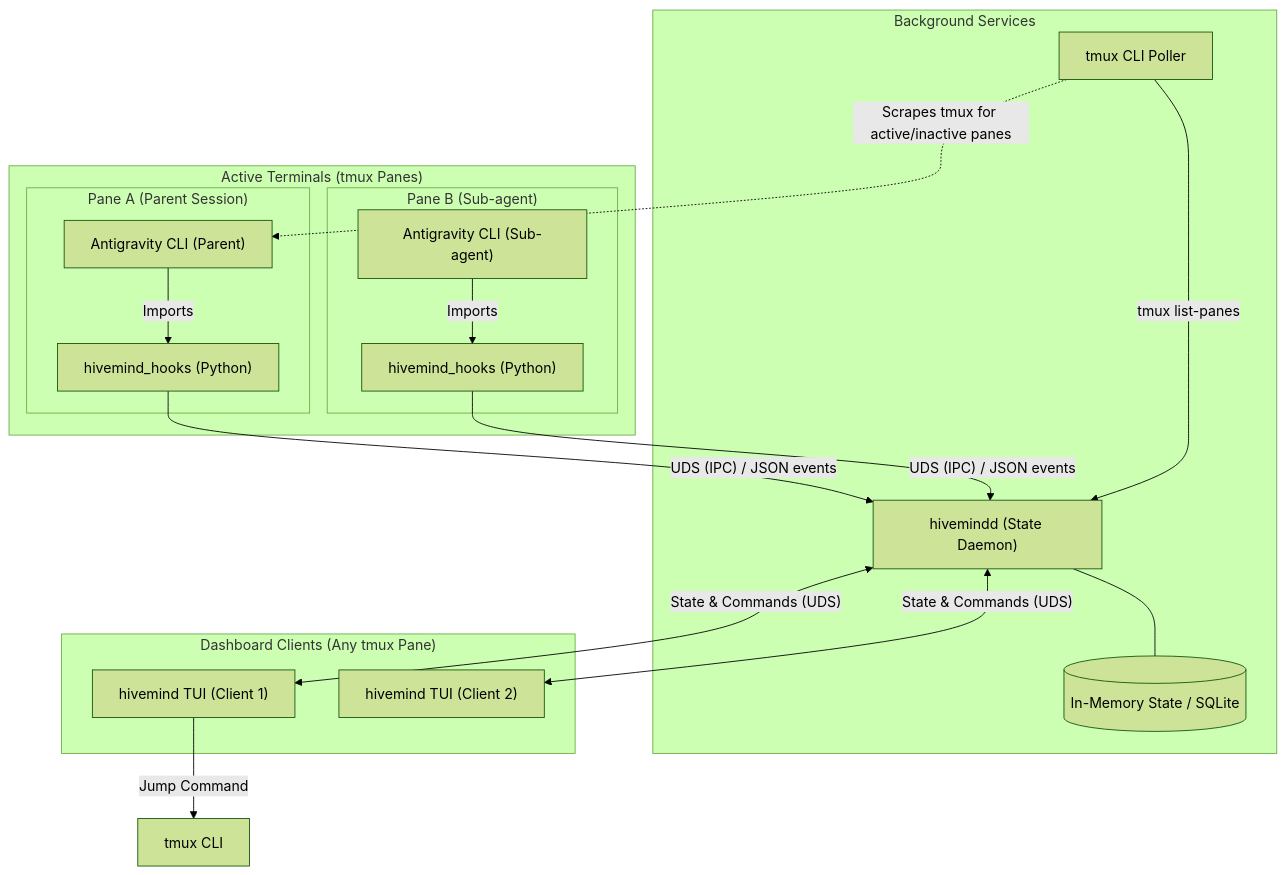
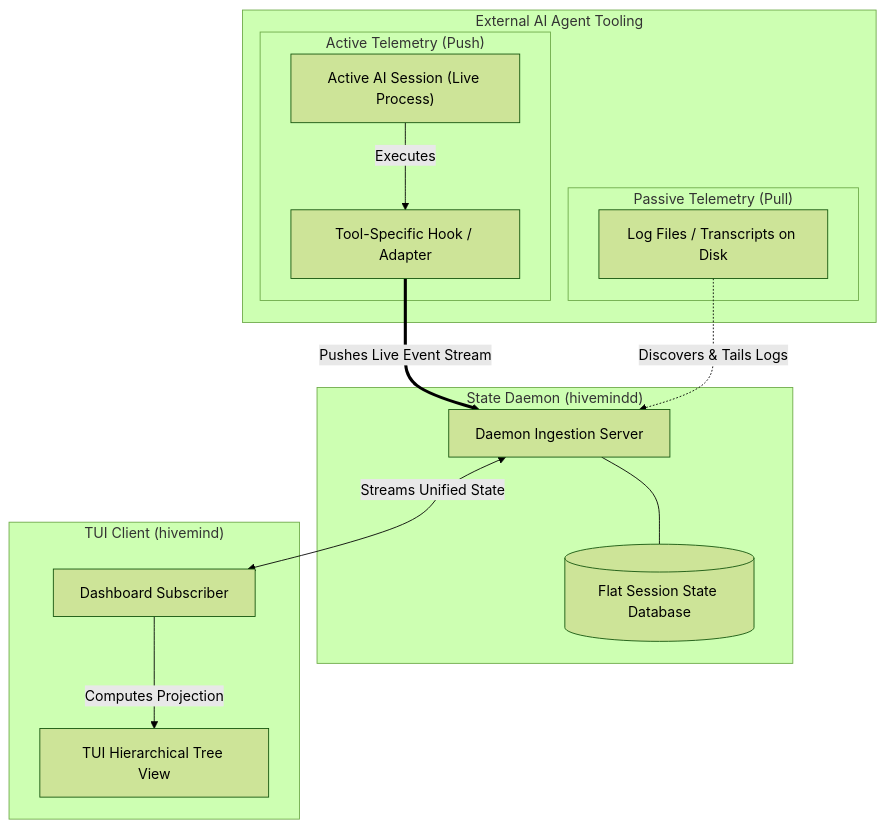
One commit to jacobmiller22/hivemind changed the first of 3 diagrams in docs/DESIGN.md. Above: the diagram before and after it, drawn with Mermaid (forest theme). The commit also changed other lines of this file and 11 other files, not shown here.

````diff
--- a/docs/DESIGN.md
+++ b/docs/DESIGN.md
@@ -16,38 +18,29 @@
 ```mermaid
 graph TD
-    %% Telemetry Sources
-    subgraph "Active Terminals (tmux Panes)"
-        subgraph "Pane A (Parent Session)"
-            AG1["Antigravity CLI (Parent)"] -->|"Imports"| HHK1["hivemind_hooks (Python)"]
+    %% External AI Agent Tooling Layer
+    subgraph "External AI Agent Tooling"
+        subgraph "Active Telemetry (Push)"
+            Session["Active AI Session (Live Process)"] -->|"Executes"| Hook["Tool-Specific Hook / Adapter"]
         end
-        subgraph "Pane B (Sub-agent)"
-            AG2["Antigravity CLI (Sub-agent)"] -->|"Imports"| HHK2["hivemind_hooks (Python)"]
+        subgraph "Passive Telemetry (Pull)"
+            Logs["Log Files / Transcripts on Disk"]
         end
     end
 
     %% State Daemon
-    subgraph "Background Services"
-        HD["hivemindd (State Daemon)"]
-        DB[(In-Memory State / SQLite)]
-        Poller["tmux CLI Poller"]
+    subgraph "State Daemon (hivemindd)"
+        HD["Daemon Ingestion Server"]
+        DB[(Flat Session State Database)]
+        HD --- DB
     end
 
-    %% TUI Clients
-    subgraph "Dashboard Clients (Any tmux Pane)"
-        TUI1["hivemind TUI (Client 1)"]
-        TUI2["hivemind TUI (Client 2)"]
+    %% Dashboard Clients
+    subgraph "TUI Client (hivemind)"
+        TUI["Dashboard Subscriber"] -->|"Computes Projection"| Tree["TUI Hierarchical Tree View"]
     end
 
-    %% Communications
-    HHK1 -->|"UDS (IPC) / JSON events"| HD
-    HHK2 -->|"UDS (IPC) / JSON events"| HD
-    
-    Poller -->|"tmux list-panes"| HD
-    HD <-->|"State & Commands (UDS)"| TUI1
-    HD <-->|"State & Commands (UDS)"| TUI2
-    HD --- DB
-
-    %% Interactions
-    TUI1 -->|"Jump Command"| TMUX["tmux CLI"]
-    Poller -.->|"Scrapes tmux for active/inactive panes"| AG1
+    %% Data Flow
+    Hook ==>|"Pushes Live Event Stream"| HD
+    Logs -.->|"Discovers & Tails Logs"| HD
+    HD <-->|"Streams Unified State"| TUI
 ```
````
